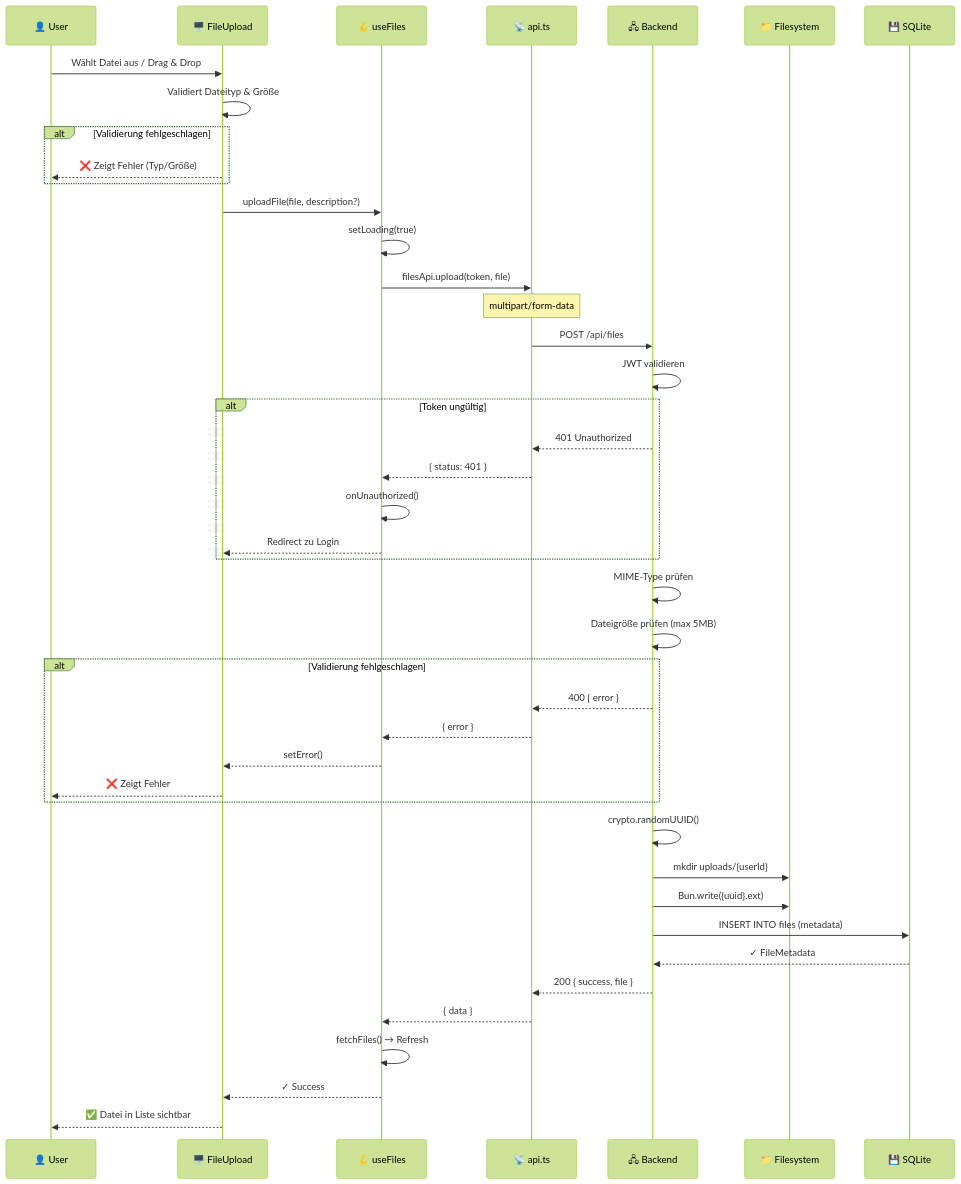
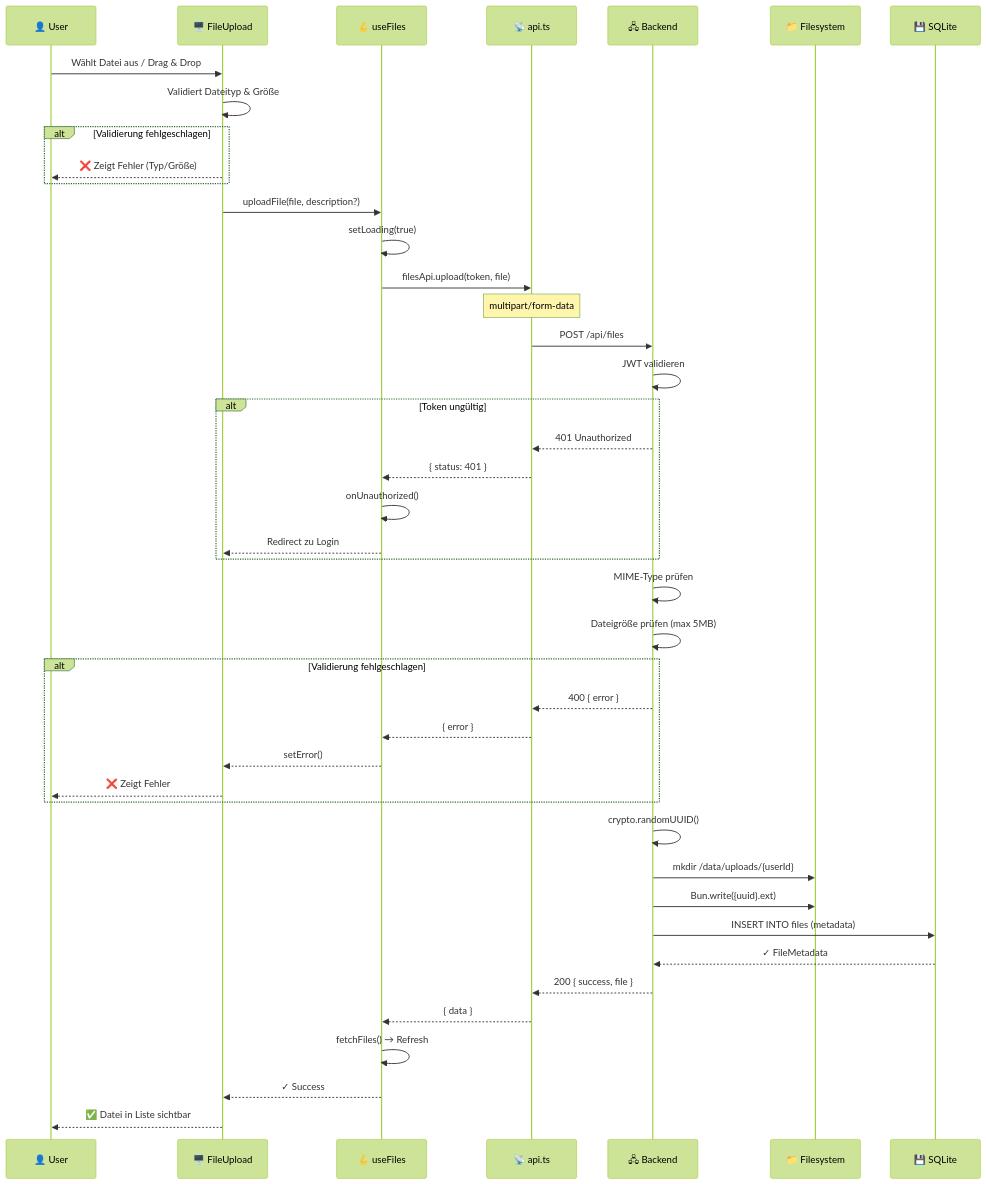
One commit to nilsreich/hono_Test changed the seventh of 8 diagrams in README.md. Above: the diagram before and after it, drawn with Mermaid (forest theme). The commit also changed other lines of this file and 46 other files, not shown here.

````diff
--- a/README.md
+++ b/README.md
@@ -616,54 +669,54 @@
 ```mermaid
 sequenceDiagram
     participant User as 👤 User
     participant UI as 🖥️ FileUpload
     participant Hook as 🪝 useFiles
     participant API as 📡 api.ts
     participant Server as 🖧 Backend
     participant FS as 📁 Filesystem
     participant DB as 💾 SQLite
 
     User->>UI: Wählt Datei aus / Drag & Drop
     UI->>UI: Validiert Dateityp & Größe
     
     alt Validierung fehlgeschlagen
         UI-->>User: ❌ Zeigt Fehler (Typ/Größe)
     end
     
     UI->>Hook: uploadFile(file, description?)
     Hook->>Hook: setLoading(true)
     Hook->>API: filesApi.upload(token, file)
     
     Note over API: multipart/form-data
     
     API->>Server: POST /api/files
     Server->>Server: JWT validieren
     
     alt Token ungültig
         Server-->>API: 401 Unauthorized
         API-->>Hook: { status: 401 }
         Hook->>Hook: onUnauthorized()
         Hook-->>UI: Redirect zu Login
     end
     
     Server->>Server: MIME-Type prüfen
     Server->>Server: Dateigröße prüfen (max 5MB)
     
     alt Validierung fehlgeschlagen
         Server-->>API: 400 { error }
         API-->>Hook: { error }
         Hook-->>UI: setError()
         UI-->>User: ❌ Zeigt Fehler
     end
     
     Server->>Server: crypto.randomUUID()
-    Server->>FS: mkdir uploads/{userId}
+    Server->>FS: mkdir /data/uploads/{userId}
     Server->>FS: Bun.write({uuid}.ext)
     Server->>DB: INSERT INTO files (metadata)
     DB-->>Server: ✓ FileMetadata
     Server-->>API: 200 { success, file }
     API-->>Hook: { data }
     Hook->>Hook: fetchFiles() → Refresh
     Hook-->>UI: ✓ Success
     UI-->>User: ✅ Datei in Liste sichtbar
 ```
````
